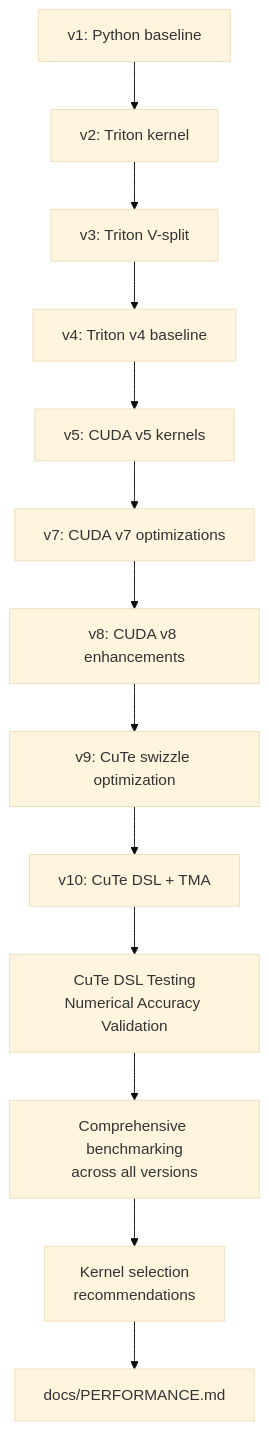
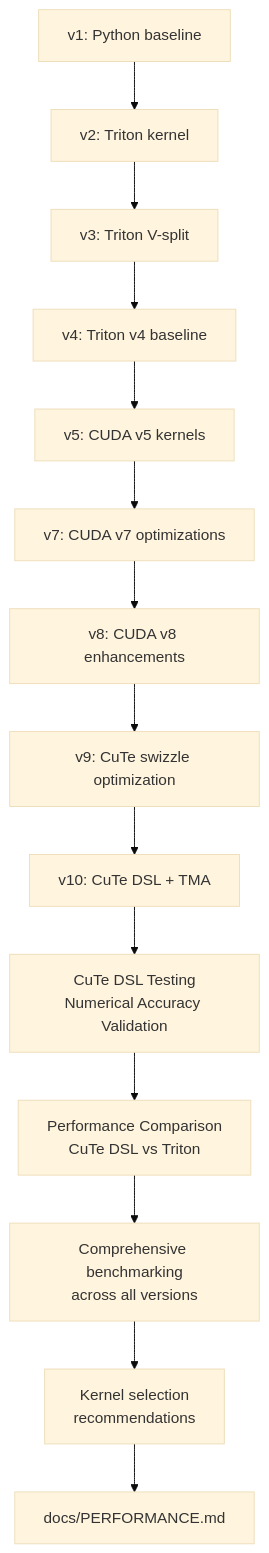
One commit to gugudeshubao/flashinfer-bench-tma-thrust changed diagram 14 of 14 in .qoder/repowiki/en/content/Performance Analysis.md. Above: the diagram before and after it, drawn with Mermaid (base theme). The commit also changed other lines of this file and 25 other files, not shown here.

````diff
--- a/.qoder/repowiki/en/content/Performance Analysis.md
+++ b/.qoder/repowiki/en/content/Performance Analysis.md
@@ -677,15 +765,16 @@
 ```mermaid
 flowchart TD
 V1["v1: Python baseline"] --> V2["v2: Triton kernel"]
 V2 --> V3["v3: Triton V-split"]
 V3 --> V4["v4: Triton v4 baseline"]
 V4 --> V5["v5: CUDA v5 kernels"]
 V5 --> V7["v7: CUDA v7 optimizations"]
 V7 --> V8["v8: CUDA v8 enhancements"]
 V8 --> V9["v9: CuTe swizzle optimization"]
 V9 --> V10["v10: CuTe DSL + TMA"]
 V10 --> CuTeDSL["CuTe DSL Testing<br/>Numerical Accuracy Validation"]
-CuTeDSL --> Metrics["Comprehensive benchmarking<br/>across all versions"]
+CuTeDSL --> PerfComp["Performance Comparison<br/>CuTe DSL vs Triton"]
+PerfComp --> Metrics["Comprehensive benchmarking<br/>across all versions"]
 Metrics --> Recommendations["Kernel selection<br/>recommendations"]
 Recommendations --> Docs["docs/PERFORMANCE.md"]
 ```
````
